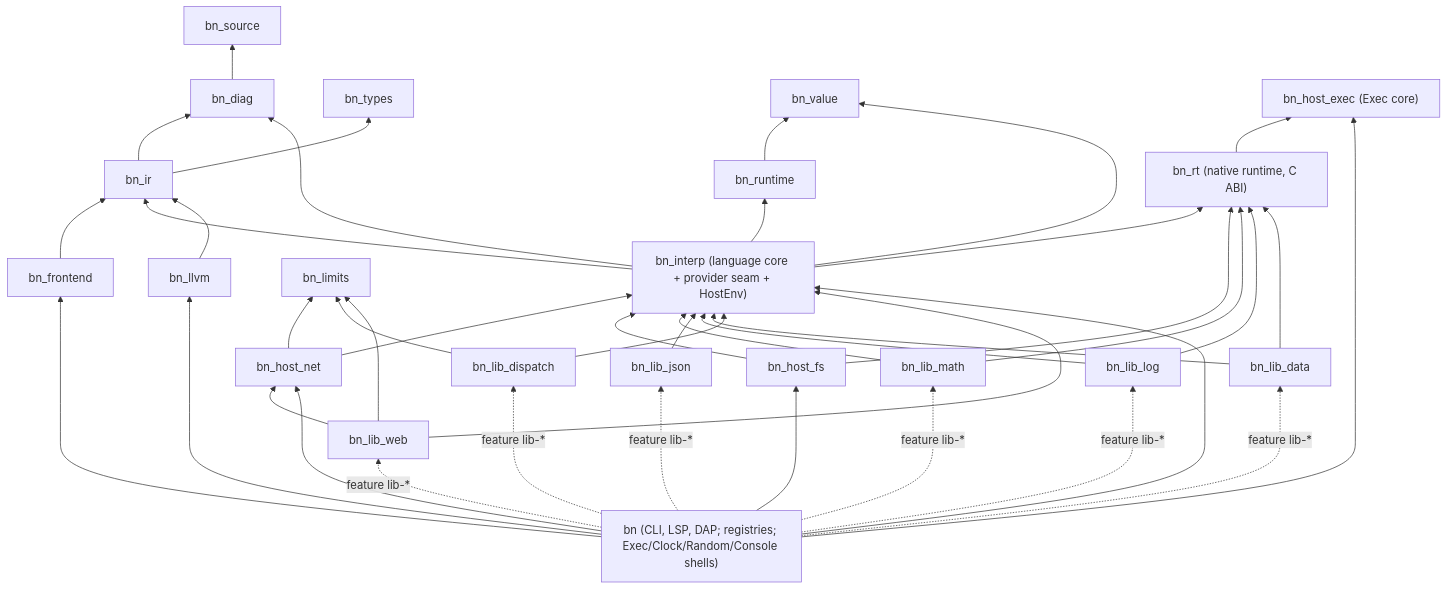
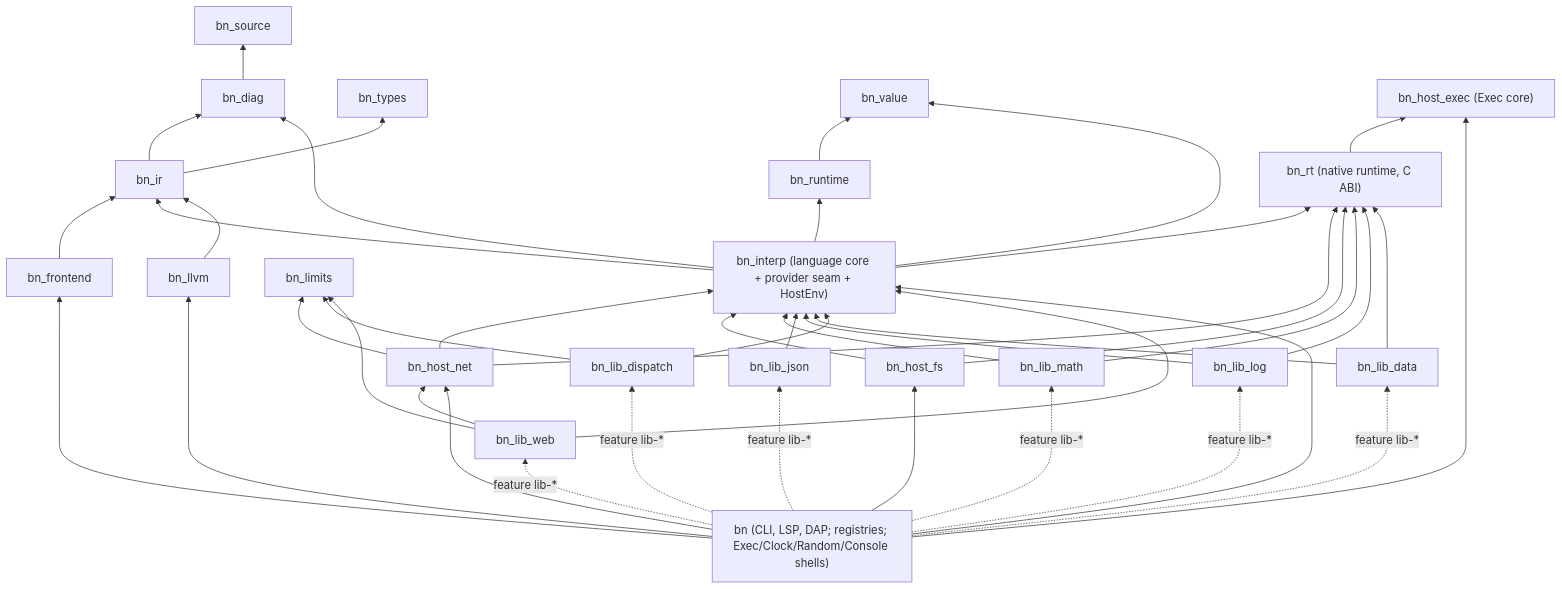
Before and after one commit to cquintella/BasicNext: the ninth of 11 diagrams in docs/architecture/target-architecture.md, drawn with Mermaid. The commit also changed other lines of this file and 20 other files, not shown here.

````diff
--- a/docs/architecture/target-architecture.md
+++ b/docs/architecture/target-architecture.md
@@ -280,65 +280,66 @@
 ```mermaid
 flowchart BT
   SRC[bn_source]
   DIAG[bn_diag]
   TYPES[bn_types]
   VAL[bn_value]
   IR[bn_ir]
   FE[bn_frontend]
   HEAP[bn_runtime]
   BNRT["bn_rt (native runtime, C ABI)"]
   EXECC["bn_host_exec (Exec core)"]
   INTERP["bn_interp (language core + provider seam + HostEnv)"]
   LIM[bn_limits]
   HNET[bn_host_net]
   HFS[bn_host_fs]
   LMATH[bn_lib_math]
   LJSON[bn_lib_json]
   LLOG[bn_lib_log]
   LDATA[bn_lib_data]
   LDISP[bn_lib_dispatch]
   LWEB[bn_lib_web]
   LLVM[bn_llvm]
   CLI["bn (CLI, LSP, DAP; registries; Exec/Clock/Random/Console shells)"]
 
   DIAG --> SRC
   IR --> DIAG
   IR --> TYPES
   FE --> IR
   HEAP --> VAL
   BNRT --> EXECC
   INTERP --> IR
   INTERP --> VAL
   INTERP --> HEAP
   INTERP --> DIAG
   INTERP --> BNRT
   HNET --> INTERP
   HNET --> LIM
+  HNET --> BNRT
   HFS --> INTERP
   HFS --> BNRT
   LMATH --> INTERP
   LMATH --> BNRT
   LJSON --> INTERP
   LLOG --> INTERP
   LLOG --> BNRT
   LDATA --> INTERP
   LDATA --> BNRT
   LDISP --> INTERP
   LDISP --> LIM
   LWEB --> INTERP
   LWEB --> HNET
   LWEB --> LIM
   LLVM --> IR
   CLI --> FE
   CLI --> INTERP
   CLI --> LLVM
   CLI --> HNET
   CLI --> HFS
   CLI --> EXECC
   CLI -.->|feature lib-*| LMATH
   CLI -.->|feature lib-*| LJSON
   CLI -.->|feature lib-*| LLOG
   CLI -.->|feature lib-*| LDATA
   CLI -.->|feature lib-*| LDISP
   CLI -.->|feature lib-*| LWEB
 ```
````
